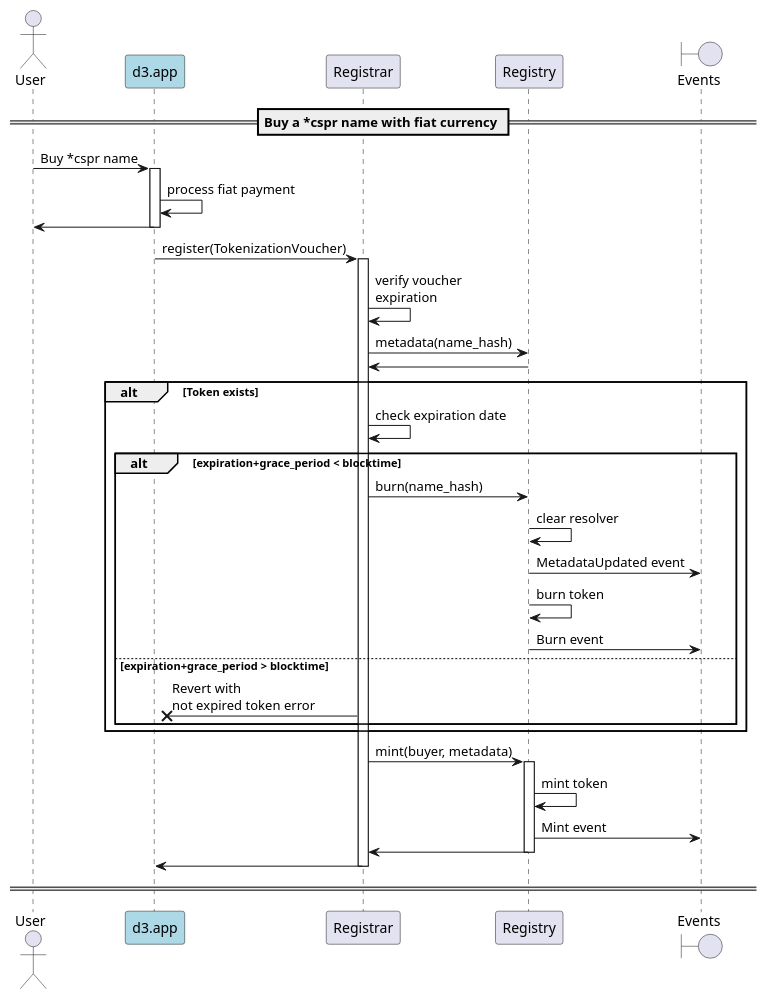
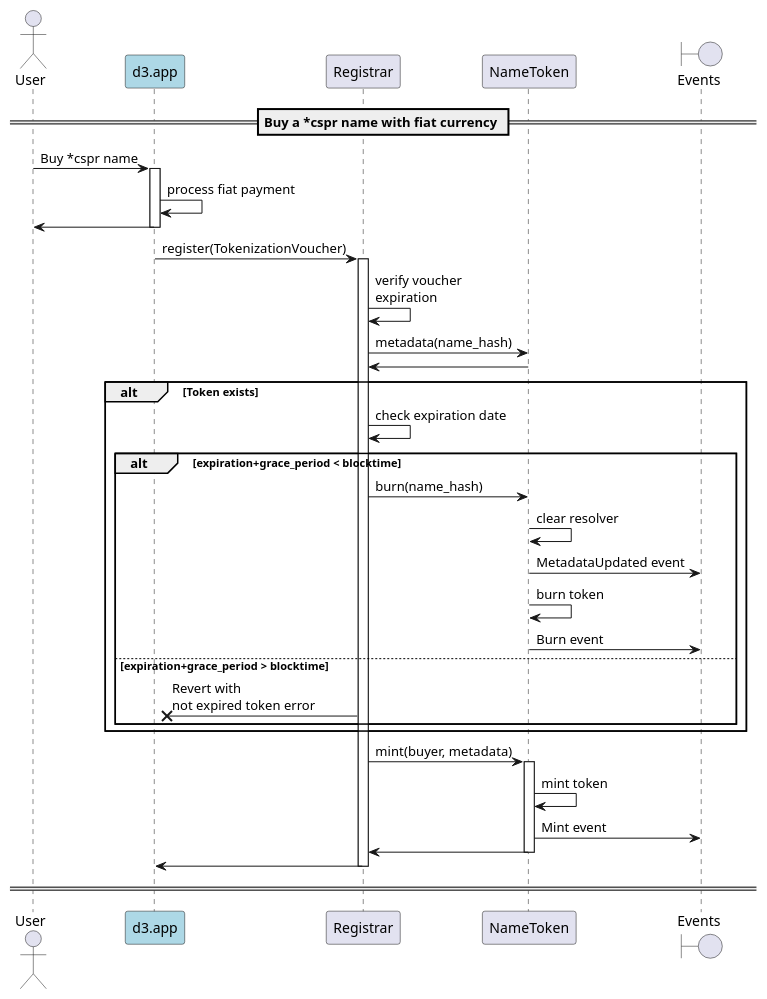
One commit to make-software/cspr-name-contracts changed the diagram in docs/sequence-diagrams/puml/offchain-purchase.puml. Above: the diagram before and after it, drawn with PlantUML. The commit also changed 9 other files, not shown here.

Commit message:
Renamed Registry contract with NameToken in the sequence diagrams. (part 3)

```diff
--- a/docs/sequence-diagrams/puml/offchain-purchase.puml
+++ b/docs/sequence-diagrams/puml/offchain-purchase.puml
@@ -1,47 +1,47 @@
 @startuml
 'https://plantuml.com/sequence-diagram
 
 'autonumber
 actor User
 participant "d3.app" as d3 #lightblue
 participant "Registrar"
-participant "Registry"
+participant "NameToken"
 boundary "Events"
 
 == Buy a *cspr name with fiat currency ==
 
 User -> d3: Buy *cspr name
 activate d3
 d3 -> d3: process fiat payment
 d3 -> User
 deactivate d3
 
 d3 -> Registrar: register(TokenizationVoucher)
 activate Registrar
 Registrar -> Registrar: verify voucher\nexpiration
-Registrar -> Registry: metadata(name_hash)
-Registry -> Registrar
+Registrar -> NameToken: metadata(name_hash)
+NameToken -> Registrar
 alt Token exists
     Registrar -> Registrar: check expiration date
     alt expiration+grace_period < blocktime
-        Registrar -> Registry: burn(name_hash)
-        Registry -> Registry: clear resolver
-        Registry -> "Events": MetadataUpdated event
-        Registry -> Registry: burn token
-        Registry -> "Events": Burn event
+        Registrar -> NameToken: burn(name_hash)
+        NameToken -> NameToken: clear resolver
+        NameToken -> "Events": MetadataUpdated event
+        NameToken -> NameToken: burn token
+        NameToken -> "Events": Burn event
     else expiration+grace_period > blocktime
         Registrar ->x d3: Revert with\nnot expired token error
     end
 end
-Registrar -> Registry: mint(buyer, metadata)
-activate Registry
-Registry -> Registry: mint token
-Registry -> "Events": Mint event
-Registry -> Registrar
-deactivate Registry
+Registrar -> NameToken: mint(buyer, metadata)
+activate NameToken
+NameToken -> NameToken: mint token
+NameToken -> "Events": Mint event
+NameToken -> Registrar
+deactivate NameToken
 Registrar -> d3
 deactivate Registrar
 deactivate d3
 
 == ==
 @enduml
```
